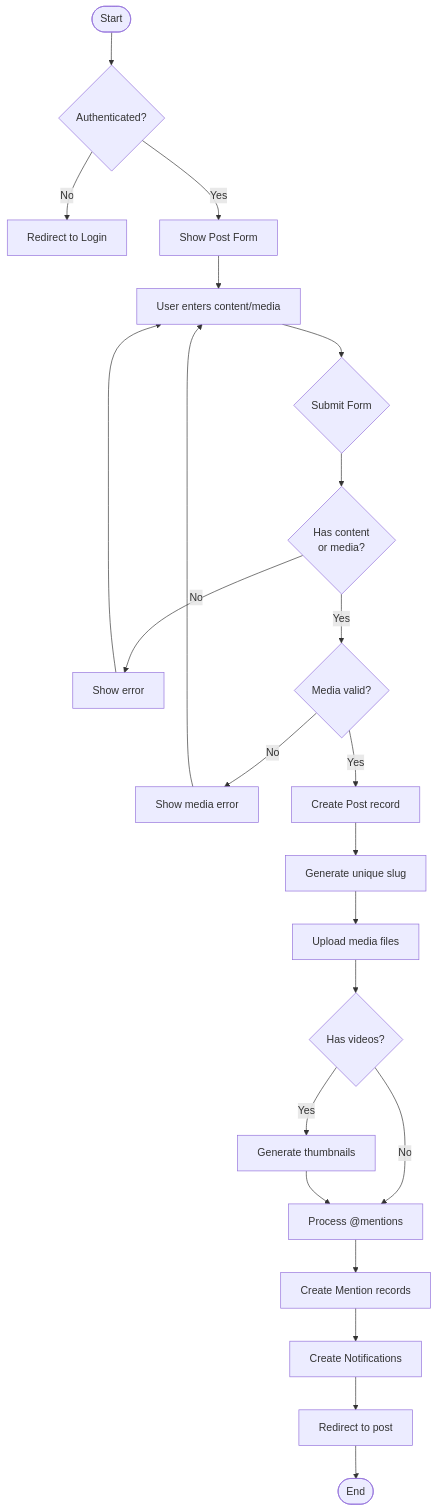
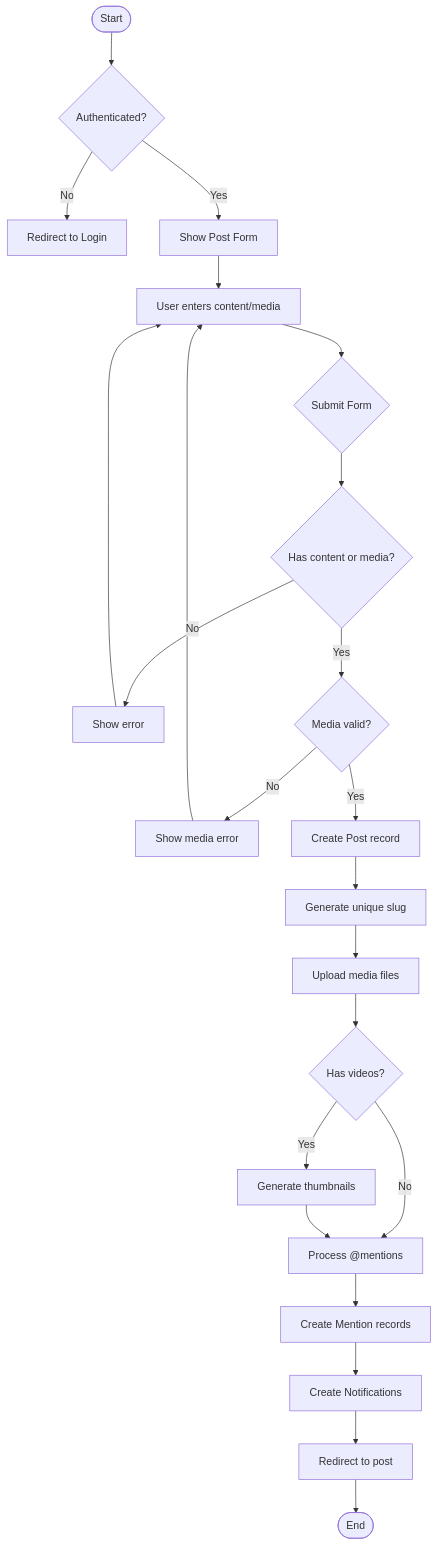
Diagram 12 of 29 in UML.md (vd120/laravel_project), drawn with Mermaid before and after one commit. The commit also changed other lines of this file, not shown here.

````diff
--- a/UML.md
+++ b/UML.md
@@ -871,31 +871,31 @@
 ```mermaid
 flowchart TD
     Start([Start]) --> CheckAuth{Authenticated?}
     CheckAuth -->|No| RedirectLogin[Redirect to Login]
     CheckAuth -->|Yes| ShowForm[Show Post Form]
-    
+
     ShowForm --> UserInput[User enters content/media]
     UserInput --> Submit{Submit Form}
-    
-    Submit --> ValidateContent{Has content<br/>or media?}
+
+    Submit --> ValidateContent{Has content or media?}
     ValidateContent -->|No| ShowError1[Show error]
     ShowError1 --> UserInput
-    
+
     ValidateContent -->|Yes| ValidateMedia{Media valid?}
     ValidateMedia -->|No| ShowError2[Show media error]
     ShowError2 --> UserInput
-    
+
     ValidateMedia -->|Yes| CreatePost[Create Post record]
     CreatePost --> GenerateSlug[Generate unique slug]
     GenerateSlug --> UploadMedia[Upload media files]
-    
+
     UploadMedia --> ProcessVideos{Has videos?}
     ProcessVideos -->|Yes| GenerateThumbs[Generate thumbnails]
     ProcessVideos -->|No| ProcessMentions
     GenerateThumbs --> ProcessMentions
-    
+
     ProcessMentions[Process @mentions] --> CreateMentions[Create Mention records]
     CreateMentions --> CreateNotifs[Create Notifications]
     CreateNotifs --> Redirect[Redirect to post]
     Redirect --> End([End])
 ```
````
